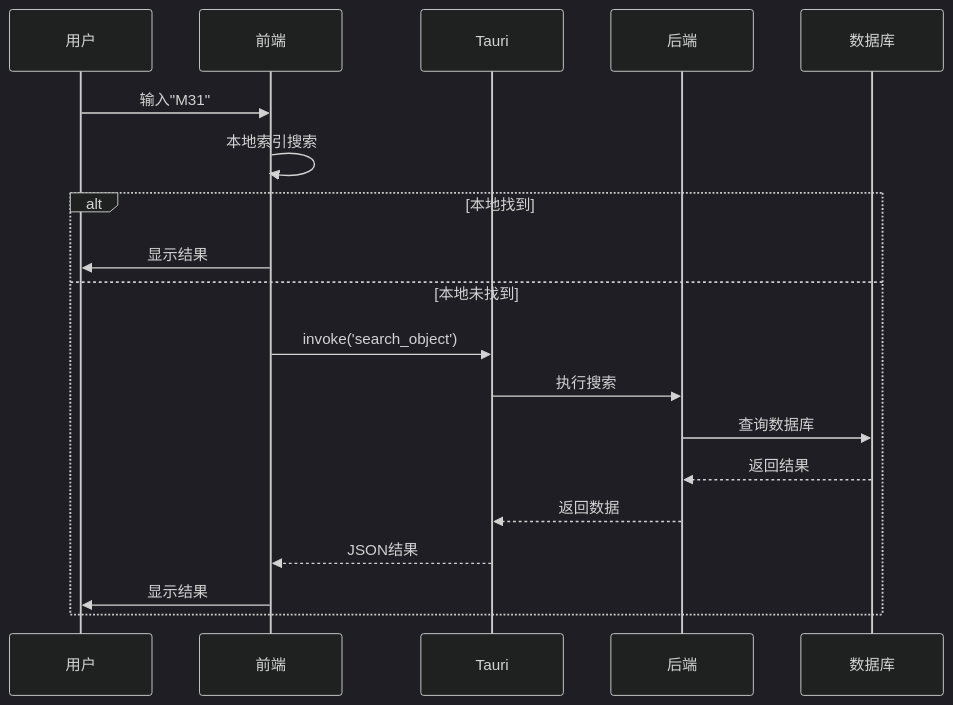
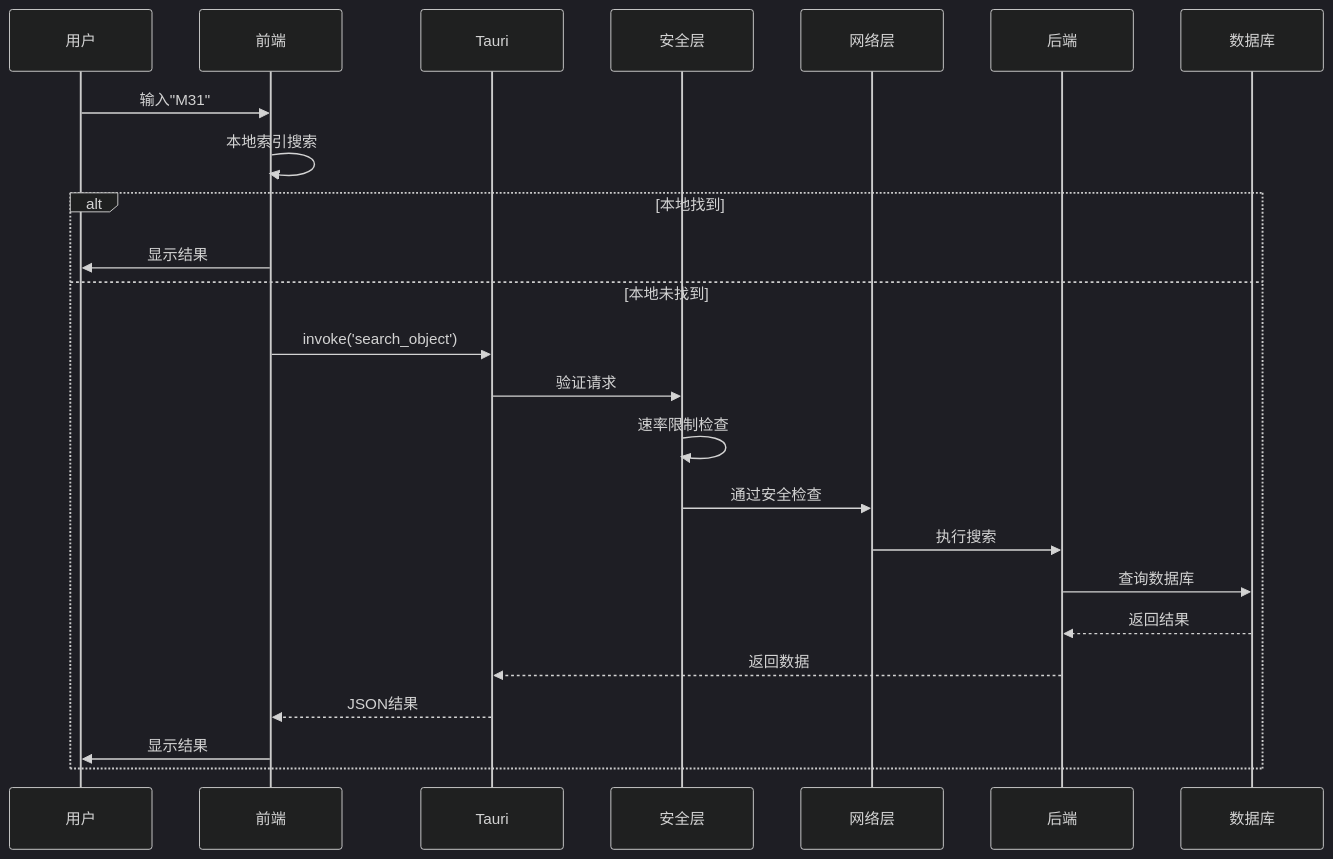
The seventh of 10 diagrams in docs/developer-guide/architecture/overview.md (AstroAir/skymap-test), drawn with Mermaid (dark theme) before and after one commit. The commit also changed other lines of this file and 148 other files, not shown here.

````diff
--- a/docs/developer-guide/architecture/overview.md
+++ b/docs/developer-guide/architecture/overview.md
@@ -315,22 +410,27 @@
 ```mermaid
 sequenceDiagram
     participant U as 用户
     participant F as 前端
     participant T as Tauri
+    participant S as 安全层
+    participant N as 网络层
     participant B as 后端
     participant D as 数据库
 
     U->>F: 输入"M31"
     F->>F: 本地索引搜索
     alt 本地找到
         F->>U: 显示结果
     else 本地未找到
         F->>T: invoke('search_object')
-        T->>B: 执行搜索
+        T->>S: 验证请求
+        S->>S: 速率限制检查
+        S->>N: 通过安全检查
+        N->>B: 执行搜索
         B->>D: 查询数据库
         D-->>B: 返回结果
         B-->>T: 返回数据
         T-->>F: JSON结果
         F->>U: 显示结果
     end
 ```
````
